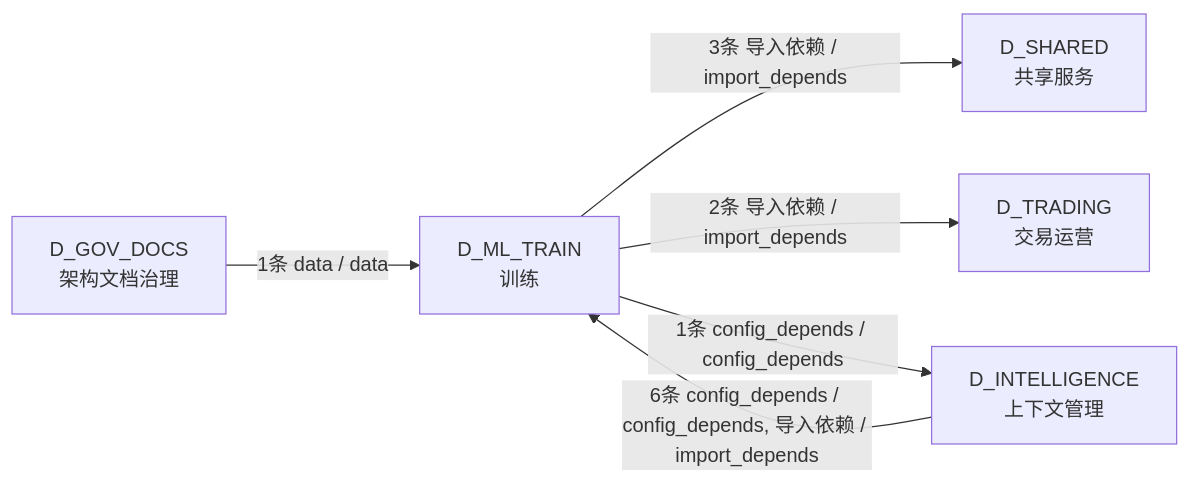
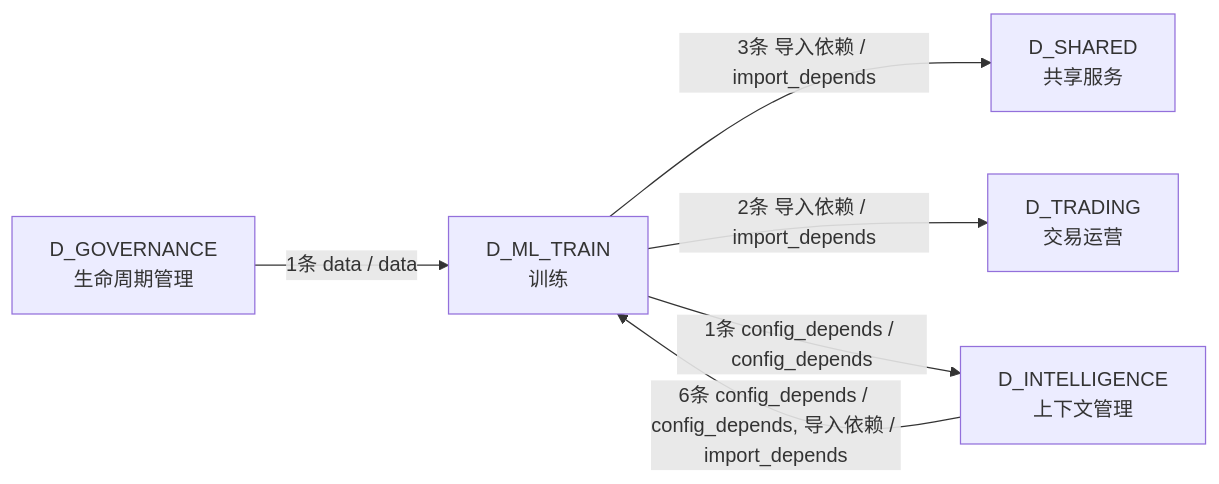
The fourth of 4 diagrams in docs/02_enterprise_architecture/02_domain_architecture_docs/50_d_ml_train.md (xuanFelixVan/ZephyrAlpha), drawn with Mermaid before and after one commit. The commit also changed other lines of this file and 126 other files, not shown here.

````diff
--- a/docs/02_enterprise_architecture/02_domain_architecture_docs/50_d_ml_train.md
+++ b/docs/02_enterprise_architecture/02_domain_architecture_docs/50_d_ml_train.md
@@ -207,13 +207,13 @@
 ```mermaid
 graph LR
     D_ML_TRAIN["D_ML_TRAIN<br/>训练"]
     D_SHARED["D_SHARED<br/>共享服务"]
     D_TRADING["D_TRADING<br/>交易运营"]
     D_INTELLIGENCE["D_INTELLIGENCE<br/>上下文管理"]
-    D_GOV_DOCS["D_GOV_DOCS<br/>架构文档治理"]
+    D_GOVERNANCE["D_GOVERNANCE<br/>生命周期管理"]
     D_ML_TRAIN -->|3条 导入依赖 / import_depends| D_SHARED
     D_ML_TRAIN -->|2条 导入依赖 / import_depends| D_TRADING
     D_ML_TRAIN -->|1条 config_depends / config_depends| D_INTELLIGENCE
     D_INTELLIGENCE -->|6条 config_depends / config_depends, 导入依赖 / import_depends| D_ML_TRAIN
-    D_GOV_DOCS -->|1条 data / data| D_ML_TRAIN
+    D_GOVERNANCE -->|1条 data / data| D_ML_TRAIN
 ```
````
